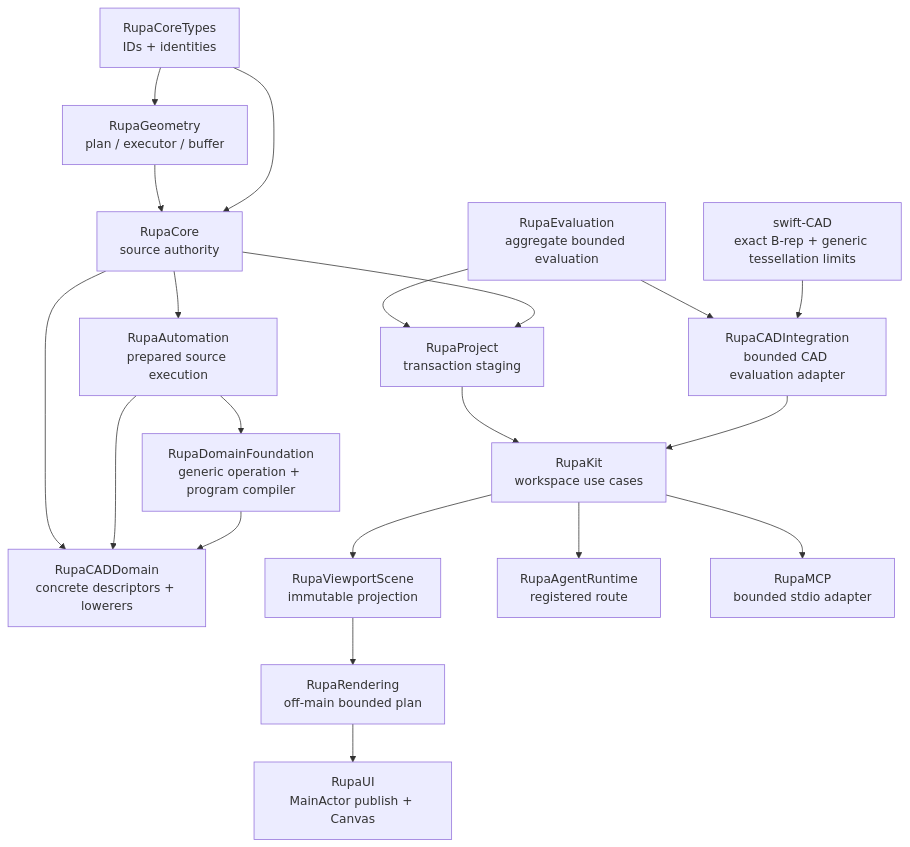
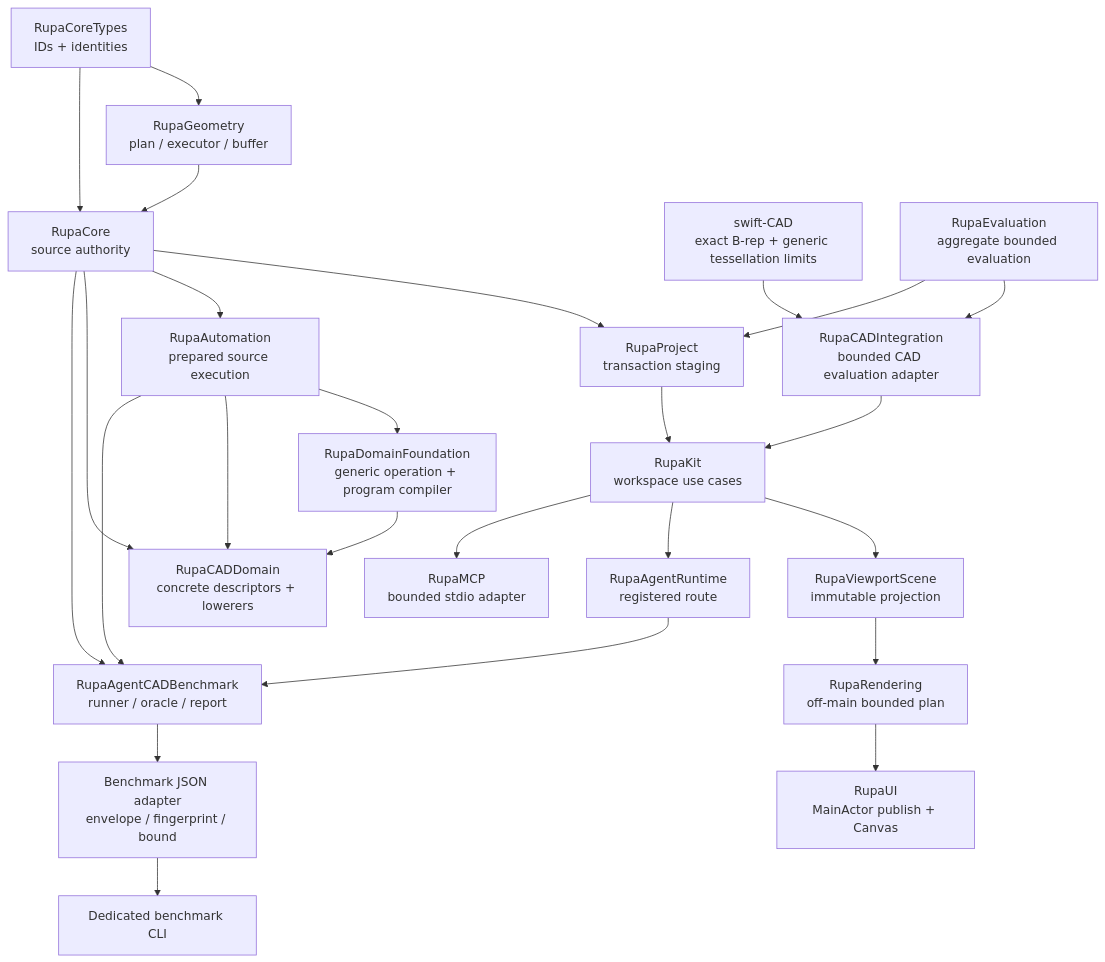
The second of 2 diagrams in RupaKit/DESIGN.md (1amageek/Rupa), drawn with Mermaid before and after one commit. The commit also changed other lines of this file and 293 other files, not shown here.

````diff
--- a/RupaKit/DESIGN.md
+++ b/RupaKit/DESIGN.md
@@ -170,22 +205,27 @@
 ```mermaid
 flowchart TD
     Types["RupaCoreTypes\nIDs + identities"] --> G["RupaGeometry\nplan / executor / buffer"]
     Types --> C["RupaCore\nsource authority"]
     G --> C
     SwiftCAD["swift-CAD\nexact B-rep + generic tessellation limits"] --> CI["RupaCADIntegration\nbounded CAD evaluation adapter"]
     E["RupaEvaluation\naggregate bounded evaluation"] --> CI
     CI --> K
     C --> P["RupaProject\ntransaction staging"]
     C --> A["RupaAutomation\nprepared source execution"]
     A --> D["RupaDomainFoundation\ngeneric operation + program compiler"]
     D --> CAD["RupaCADDomain\nconcrete descriptors + lowerers"]
     A --> CAD
     C --> CAD
     P --> K["RupaKit\nworkspace use cases"]
     E --> P
     K --> Scene["RupaViewportScene\nimmutable projection"]
     Scene --> Rendering["RupaRendering\noff-main bounded plan"]
     Rendering --> UI["RupaUI\nMainActor publish + Canvas"]
     K --> R["RupaAgentRuntime\nregistered route"]
     K --> M["RupaMCP\nbounded stdio adapter"]
+    R --> B["RupaAgentCADBenchmark\nrunner / oracle / report"]
+    C --> B
+    A --> B
+    B --> J["Benchmark JSON adapter\nenvelope / fingerprint / bound"]
+    J --> CLI["Dedicated benchmark CLI"]
 ```
````
